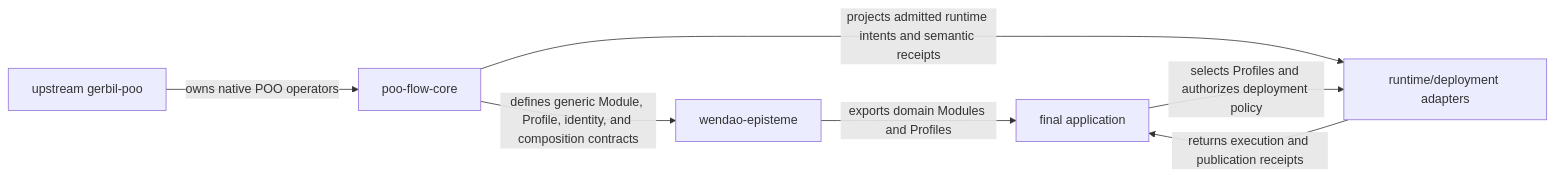
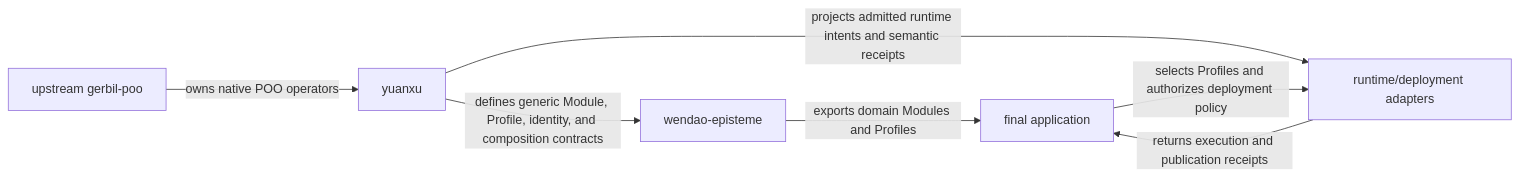
The third of 3 diagrams in module-system/design/45-111-profile-ownership-naming-export-identity-and-composition-repository-boundaries.org (tao3k/gebril-yuanxu), drawn with Mermaid before and after one commit. The commit also changed other lines of this file and 114 other files, not shown here.

```diff
--- a/module-system/design/45-111-profile-ownership-naming-export-identity-and-composition-repository-boundaries.org
+++ b/module-system/design/45-111-profile-ownership-naming-export-identity-and-composition-repository-boundaries.org
@@ -541,9 +541,9 @@
 #+begin_src mermaid
 flowchart LR
-  P["upstream gerbil-poo"] -->|"owns native POO operators"| C["poo-flow-core"]
+  P["upstream gerbil-poo"] -->|"owns native POO operators"| C["yuanxu"]
   C -->|"defines generic Module, Profile, identity, and composition contracts"| W["wendao-episteme"]
   W -->|"exports domain Modules and Profiles"| A["final application"]
   C -->|"projects admitted runtime intents and semantic receipts"| R["runtime/deployment adapters"]
   A -->|"selects Profiles and authorizes deployment policy"| R
   R -->|"returns execution and publication receipts"| A
 #+end_src
```
